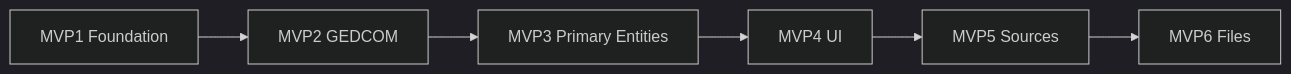
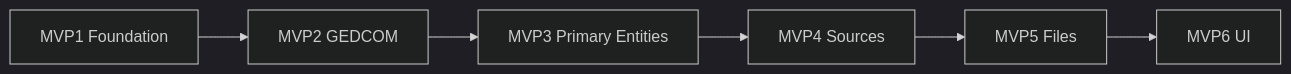
The diagram in docs/product/roadmap.md (vata-apps/vata-app), drawn with Mermaid (dark theme) before and after one commit. The commit also changed other lines of this file and 27 other files, not shown here.

````diff
--- a/docs/product/roadmap.md
+++ b/docs/product/roadmap.md
@@ -7,8 +7,8 @@
 ```mermaid
 graph LR
     MVP1[MVP1 Foundation] --> MVP2[MVP2 GEDCOM]
     MVP2 --> MVP3[MVP3 Primary Entities]
-    MVP3 --> MVP4[MVP4 UI]
-    MVP4 --> MVP5[MVP5 Sources]
-    MVP5 --> MVP6[MVP6 Files]
+    MVP3 --> MVP4[MVP4 Sources]
+    MVP4 --> MVP5[MVP5 Files]
+    MVP5 --> MVP6[MVP6 UI]
 ```
````
